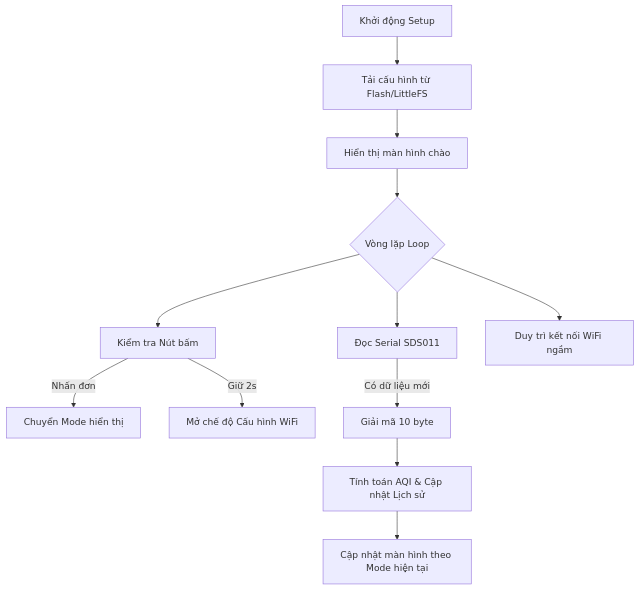
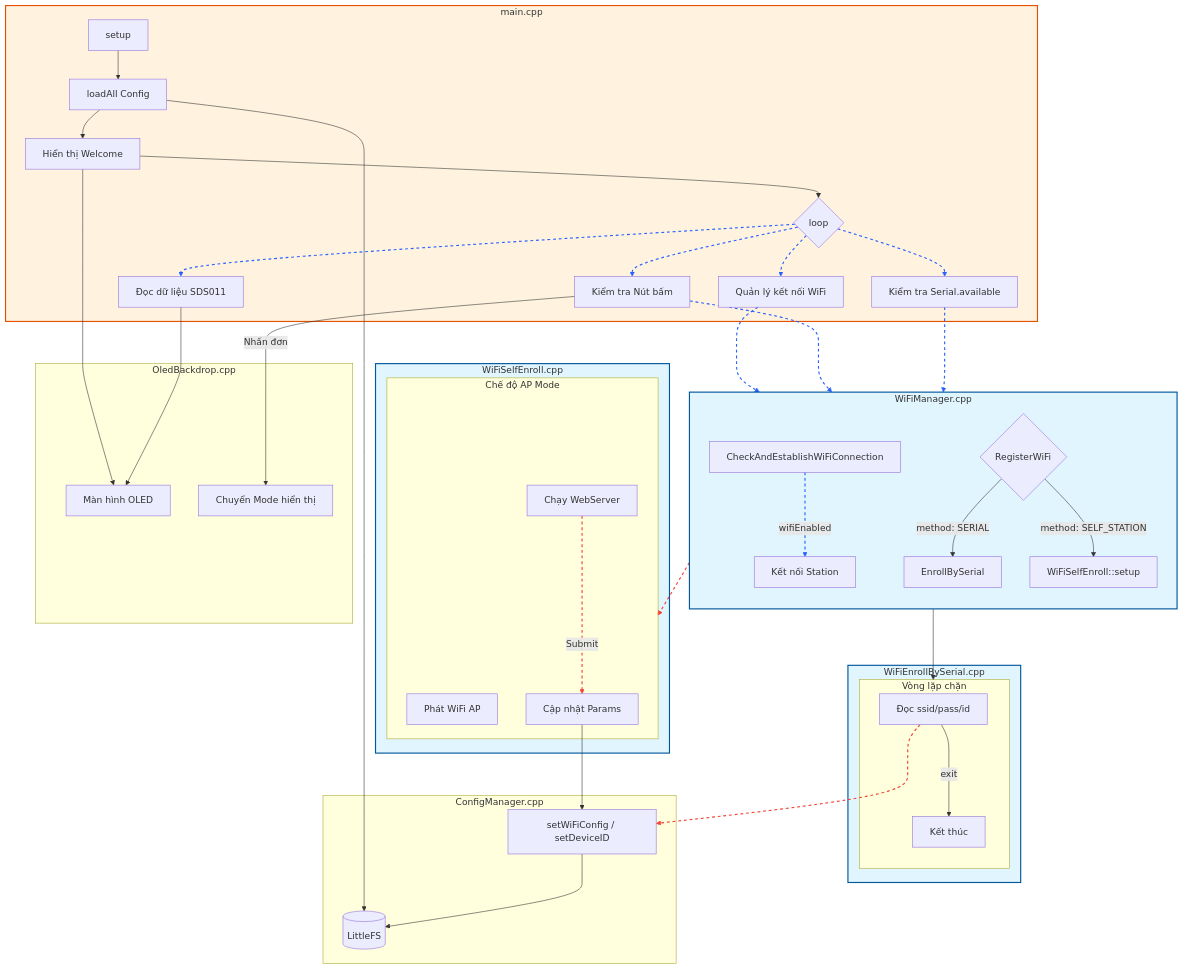
Before and after one commit to neittien0110/FineDustMonitor: the second of 3 diagrams in README.md, drawn with Mermaid. The commit also changed other lines of this file and 13 other files, not shown here.

````diff
--- a/README.md
+++ b/README.md
@@ -130,17 +130,72 @@
 ```mermaid
    graph TD
-    A[Khởi động Setup] --> B[Tải cấu hình từ Flash/LittleFS]
-    B --> C[Hiển thị màn hình chào]
-    C --> D{Vòng lặp Loop}
-    D --> E[Kiểm tra Nút bấm]
-    D --> F[Đọc Serial SDS011]
-    
-    E -- Nhấn đơn --> E1[Chuyển Mode hiển thị]
-    E -- Giữ 2s --> E2[Mở chế độ Cấu hình WiFi]
-    
-    F -- Có dữ liệu mới --> G[Giải mã 10 byte]
-    G --> H[Tính toán AQI & Cập nhật Lịch sử]
-    H --> I[Cập nhật màn hình theo Mode hiện tại]
-    
-    D --> J[Duy trì kết nối WiFi ngầm]
+    %% Định nghĩa Style cho các khối WiFi
+    classDef wifiStyle fill:#e1f5fe,stroke:#01579b,stroke-width:2px;
+    classDef mainStyle fill:#fff3e0,stroke:#e65100,stroke-width:2px;
+
+    subgraph Main_App [main.cpp]
+        A[setup] --> B[loadAll Config]
+        B --> C[Hiển thị Welcome]
+        C --> D{loop}
+        
+        D --> E[Kiểm tra Nút bấm]
+        D --> F[Kiểm tra Serial.available]
+        D --> G[Đọc dữ liệu SDS011]
+        D --> J[Quản lý kết nối WiFi]
+    end
+
+    subgraph WiFi_Manager [WiFiManager.cpp]
+        direction TB
+        RW{RegisterWiFi}
+        J -.-> JW[CheckAndEstablishWiFiConnection]
+        JW -- wifiEnabled --> STA[Kết nối Station]
+        
+        E -.-> RW
+        F -.-> RW
+        
+        RW -- method: SERIAL --> ES
+        RW -- method: SELF_STATION --> SE
+    end
+
+    subgraph Serial_Service [WiFiEnrollBySerial.cpp]
+        ES[EnrollBySerial]
+        subgraph Serial_Loop [Vòng lặp chặn]
+            L1[Đọc ssid/pass/id]
+            L1 -- exit --> ExitES[Kết thúc]
+        end
+        ES --> Serial_Loop
+    end
+
+    subgraph Web_Service [WiFiSelfEnroll.cpp]
+        SE[WiFiSelfEnroll::setup]
+        subgraph Web_Portal [Chế độ AP Mode]
+            P1[Phát WiFi AP]
+            P2[Chạy WebServer]
+            P2 -- Submit --> SaveW[Cập nhật Params]
+        end
+        SE --> Web_Portal
+    end
+
+    subgraph Config_Storage [ConfigManager.cpp]
+        B --> FS[(LittleFS)]
+        L1 --> CM[setWiFiConfig / setDeviceID]
+        SaveW --> CM
+        CM --> FS
+    end
+
+    subgraph Display_Module [OledBackdrop.cpp]
+        C --> OLED[Màn hình OLED]
+        E -- Nhấn đơn --> M1[Chuyển Mode hiển thị]
+        G --> OLED
+    end
+
+    %% Gán Style
+    class WiFi_Manager,Serial_Service,Web_Service wifiStyle;
+    class Main_App mainStyle;
+
+    %% Tạo hiệu ứng chuyển động cho các mũi tên quan trọng (Link ID dựa trên thứ tự xuất hiện)
+    %% 0: A->B, 1: B->C, 2: C->D, 3: D->E, 4: D->F, 5: D->G, 6: D->J...
+    linkStyle 3,4,5,6 stroke:#2962ff,stroke-width:2px,stroke-dasharray: 5;
+    linkStyle 7,8,9,10 stroke:#2962ff,stroke-width:2px,stroke-dasharray: 5;
+    linkStyle 15,16,18 stroke:#f44336,stroke-width:2px,stroke-dasharray: 5;
 ```
````
